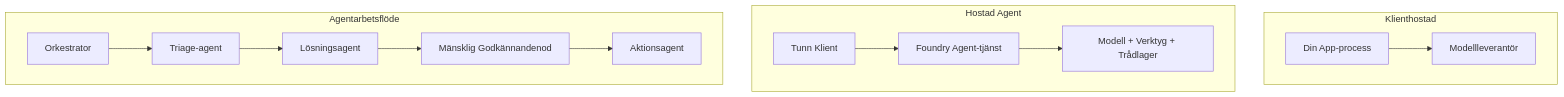
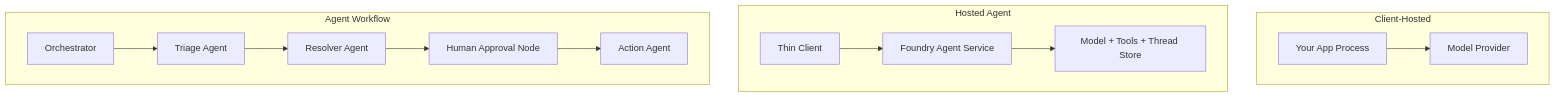
One commit to gabrielmoreira/agent-skills-mirror changed the first of 4 diagrams in mirrors/repos/microsoft@ai-agents-for-beginners/translations/sv/16-deploying-scalable-agents/README.md. Above: the diagram before and after it, drawn with Mermaid. The commit also changed other lines of this file and 5918 other files, not shown here.

````diff
--- a/mirrors/repos/microsoft@ai-agents-for-beginners/translations/sv/16-deploying-scalable-agents/README.md
+++ b/mirrors/repos/microsoft@ai-agents-for-beginners/translations/sv/16-deploying-scalable-agents/README.md
@@ -87,16 +87,16 @@
 ```mermaid
 flowchart TB
-    subgraph P1[Klienthostad]
-        A1[Din App-process] --> M1[Modellleverantör]
+    subgraph P1[Client-Hosted]
+        A1[Your App Process] --> M1[Model Provider]
     end
-    subgraph P2[Hostad Agent]
-        A2[Tunn Klient] --> F2[Foundry Agent-tjänst]
-        F2 --> M2[Modell + Verktyg + Trådlager]
+    subgraph P2[Hosted Agent]
+        A2[Thin Client] --> F2[Foundry Agent Service]
+        F2 --> M2[Model + Tools + Thread Store]
     end
-    subgraph P3[Agentarbetsflöde]
-        A3[Orkestrator] --> S1[Triage-agent]
-        S1 --> S2[Lösningsagent]
-        S2 --> H[Mänsklig Godkännandenod]
-        H --> S3[Aktionsagent]
+    subgraph P3[Agent Workflow]
+        A3[Orchestrator] --> S1[Triage Agent]
+        S1 --> S2[Resolver Agent]
+        S2 --> H[Human Approval Node]
+        H --> S3[Action Agent]
     end
 ```
````
